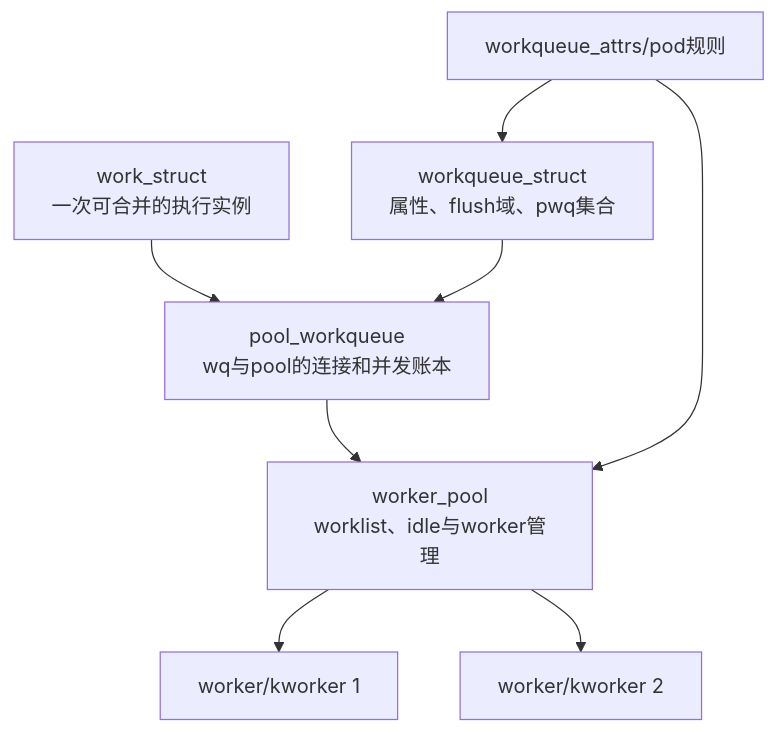
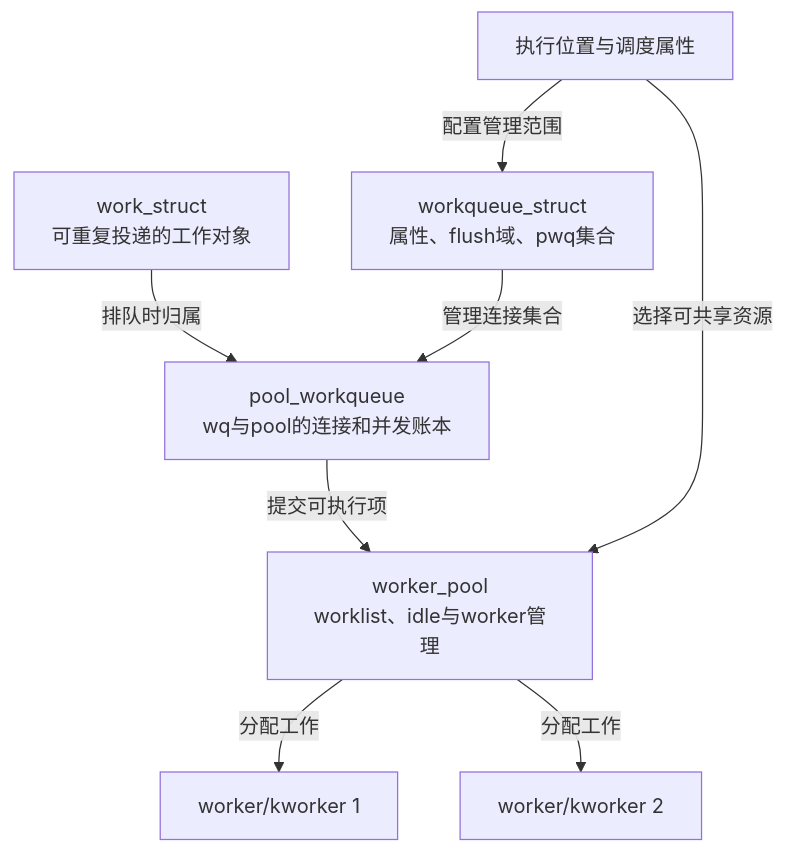
The first of 2 diagrams in knowledge/linux/synchronization_and_asynchrony/asynchrony/workqueue/P03_cmwq对象层次与状态所有权.md (FormingSystem/linux_note), drawn with Mermaid before and after one commit. The commit also changed other lines of this file and 10 other files, not shown here.

````diff
--- a/knowledge/linux/synchronization_and_asynchrony/asynchrony/workqueue/P03_cmwq对象层次与状态所有权.md
+++ b/knowledge/linux/synchronization_and_asynchrony/asynchrony/workqueue/P03_cmwq对象层次与状态所有权.md
@@ -18,10 +22,10 @@
 ```mermaid
 flowchart TD
-    W["work_struct<br/>一次可合并的执行实例"] --> PWQ["pool_workqueue<br/>wq与pool的连接和并发账本"]
-    Q["workqueue_struct<br/>属性、flush域、pwq集合"] --> PWQ
-    PWQ --> P["worker_pool<br/>worklist、idle与worker管理"]
-    P --> K1["worker/kworker 1"]
-    P --> K2["worker/kworker 2"]
-    A["workqueue_attrs/pod规则"] --> Q
-    A --> P
+    W["work_struct<br/>可重复投递的工作对象"] -->|排队时归属| PWQ["pool_workqueue<br/>wq与pool的连接和并发账本"]
+    Q["workqueue_struct<br/>属性、flush域、pwq集合"] -->|管理连接集合| PWQ
+    PWQ -->|提交可执行项| P["worker_pool<br/>worklist、idle与worker管理"]
+    P -->|分配工作| K1["worker/kworker 1"]
+    P -->|分配工作| K2["worker/kworker 2"]
+    A["执行位置与调度属性"] -->|配置管理范围| Q
+    A -->|选择可共享资源| P
 ```
````
